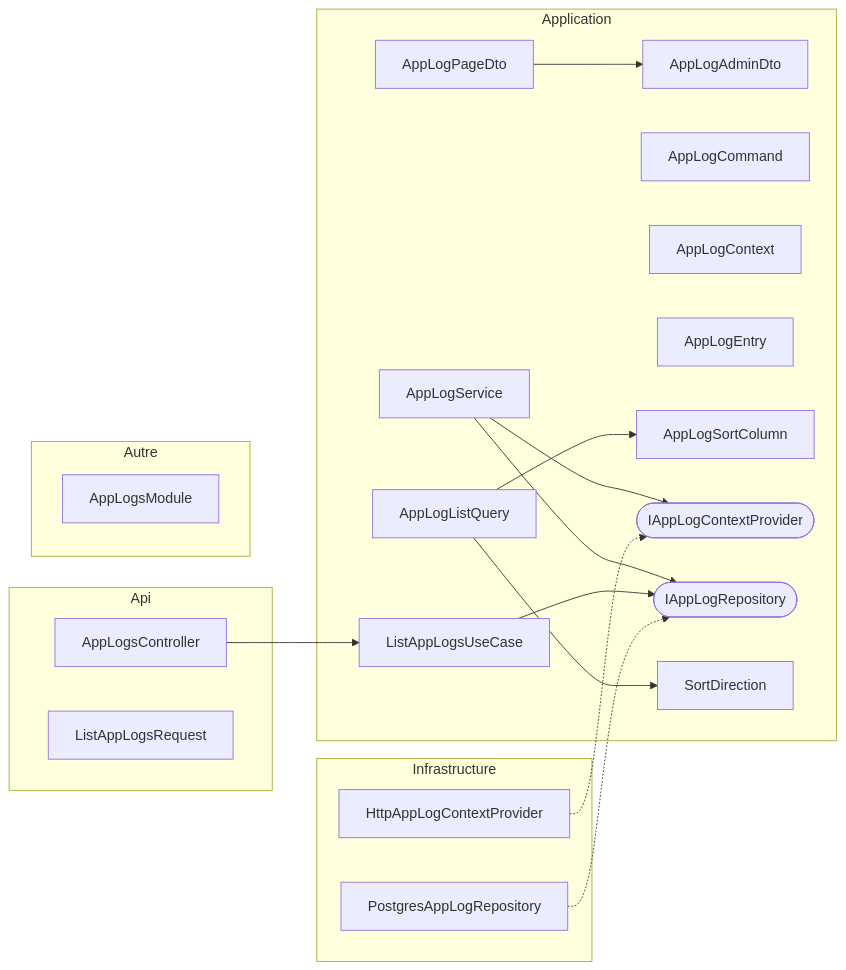
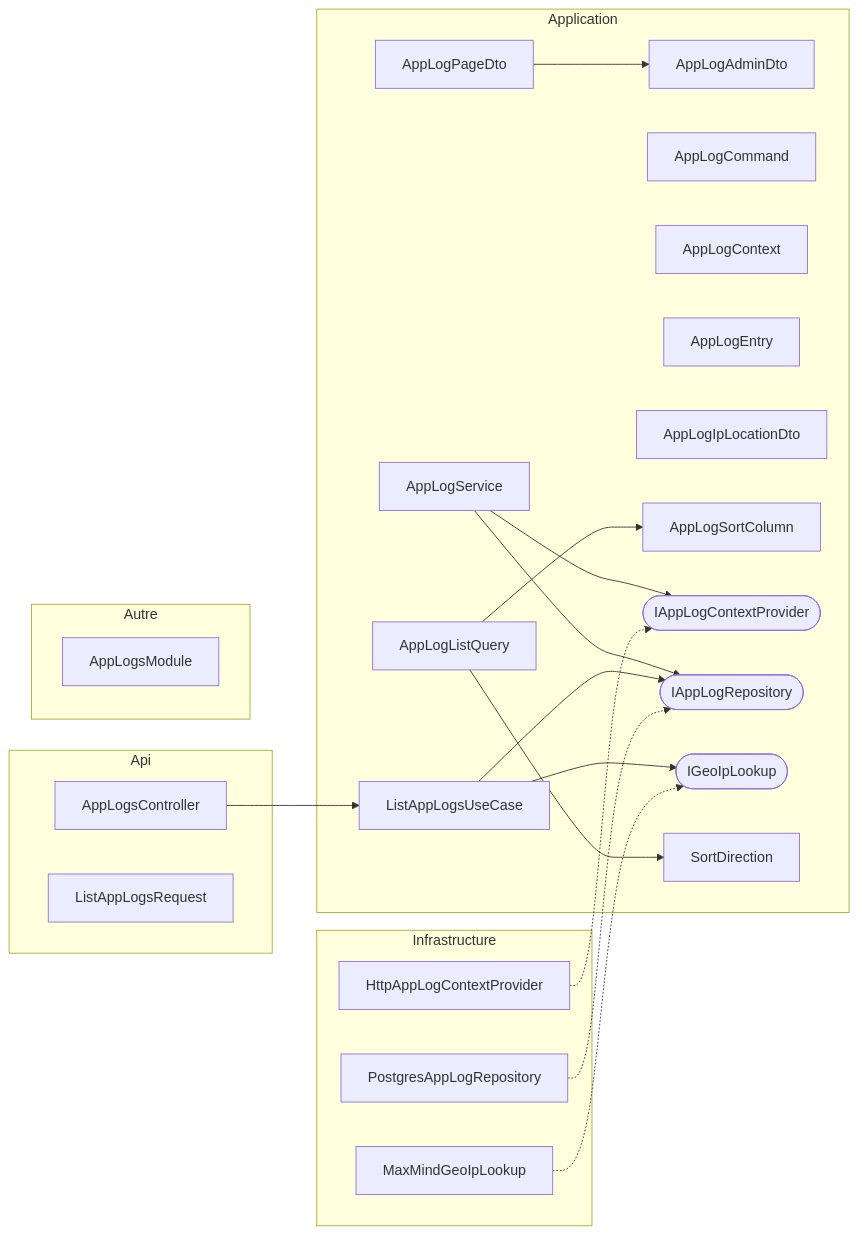
Before and after one commit to huiitre/Tools-app: the diagram in api/docs/diagrams/Core/AppLogs/applogs.md, drawn with Mermaid. The commit also changed 17 other files, not shown here.

````diff
--- a/api/docs/diagrams/Core/AppLogs/applogs.md
+++ b/api/docs/diagrams/Core/AppLogs/applogs.md
@@ -5,37 +5,42 @@
 ```mermaid
 flowchart LR
   subgraph Api
   AppLogsController["AppLogsController"]
   ListAppLogsRequest["ListAppLogsRequest"]
   end
   subgraph Application
   AppLogAdminDto["AppLogAdminDto"]
   AppLogCommand["AppLogCommand"]
   AppLogContext["AppLogContext"]
   AppLogEntry["AppLogEntry"]
+  AppLogIpLocationDto["AppLogIpLocationDto"]
   AppLogListQuery["AppLogListQuery"]
   AppLogPageDto["AppLogPageDto"]
   AppLogService["AppLogService"]
   AppLogSortColumn["AppLogSortColumn"]
   IAppLogContextProvider(["IAppLogContextProvider"])
   IAppLogRepository(["IAppLogRepository"])
+  IGeoIpLookup(["IGeoIpLookup"])
   ListAppLogsUseCase["ListAppLogsUseCase"]
   SortDirection["SortDirection"]
   end
   subgraph Infrastructure
   HttpAppLogContextProvider["HttpAppLogContextProvider"]
+  MaxMindGeoIpLookup["MaxMindGeoIpLookup"]
   PostgresAppLogRepository["PostgresAppLogRepository"]
   end
   subgraph Autre
   AppLogsModule["AppLogsModule"]
   end
   AppLogListQuery --> AppLogSortColumn
   AppLogListQuery --> SortDirection
   AppLogPageDto --> AppLogAdminDto
   AppLogService --> IAppLogContextProvider
   AppLogService --> IAppLogRepository
   AppLogsController --> ListAppLogsUseCase
   HttpAppLogContextProvider -.-> IAppLogContextProvider
   ListAppLogsUseCase --> IAppLogRepository
+  ListAppLogsUseCase --> IGeoIpLookup
+  MaxMindGeoIpLookup -.-> IGeoIpLookup
   PostgresAppLogRepository -.-> IAppLogRepository
 ```
````
